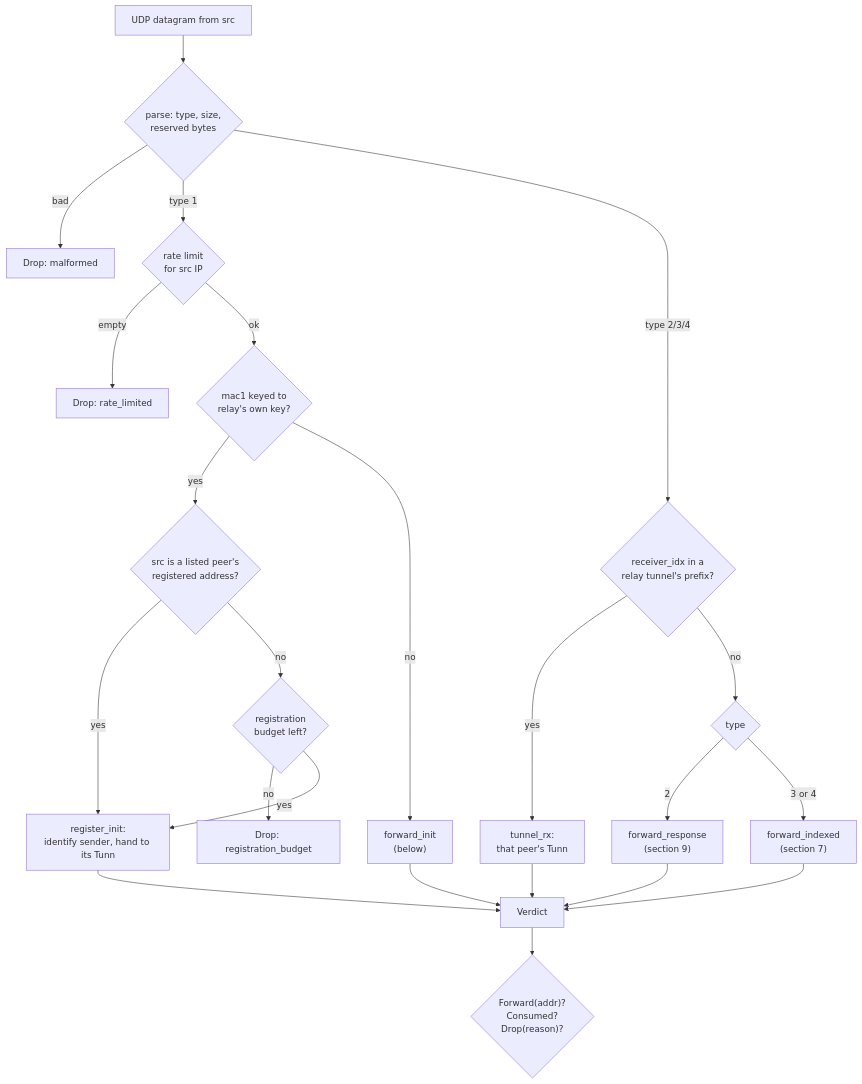
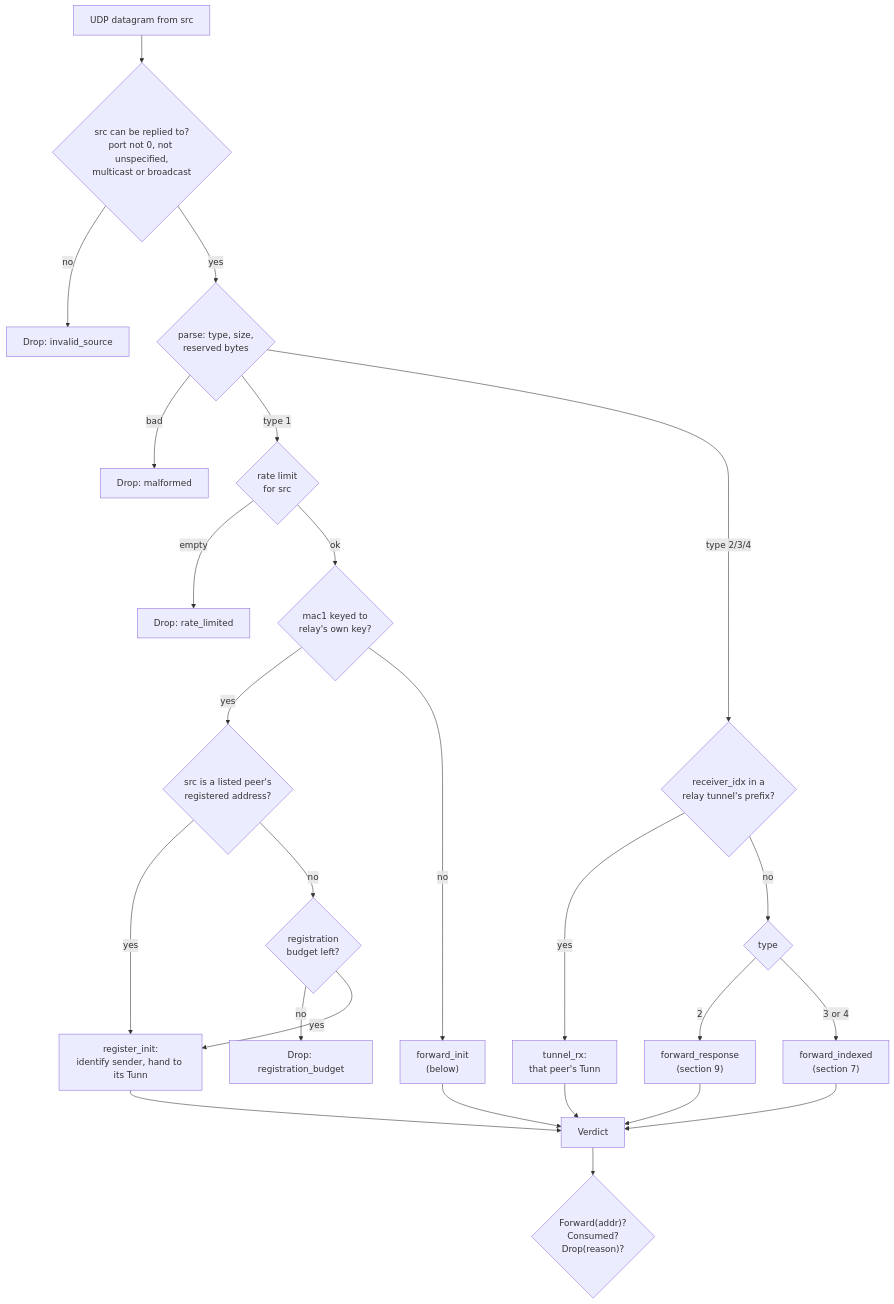
Before and after one commit to 3alpha/wg-relay: diagram 14 of 22 in docs/how-it-works.md, drawn with Mermaid. The commit also changed other lines of this file and 11 other files, not shown here.

````diff
--- a/docs/how-it-works.md
+++ b/docs/how-it-works.md
@@ -459,25 +470,27 @@
 ```mermaid
 flowchart TD
-    IN["UDP datagram from src"] --> P{"parse: type, size,<br/>reserved bytes"}
+    IN["UDP datagram from src"] --> SV{"src can be replied to?<br/>port not 0, not unspecified,<br/>multicast or broadcast"}
+    SV -- no --> D0["Drop: invalid_source"]
+    SV -- yes --> P{"parse: type, size,<br/>reserved bytes"}
     P -- bad --> M["Drop: malformed"]
-    P -- "type 1" --> RL{"rate limit<br/>for src IP"}
+    P -- "type 1" --> RL{"rate limit<br/>for src"}
     RL -- empty --> D1["Drop: rate_limited"]
     RL -- ok --> RM{"mac1 keyed to<br/>relay's own key?"}
     RM -- yes --> RS{"src is a listed peer's<br/>registered address?"}
     RS -- yes --> REG["register_init:<br/>identify sender, hand to its Tunn"]
     RS -- no --> RB{"registration<br/>budget left?"}
     RB -- no --> D2["Drop: registration_budget"]
     RB -- yes --> REG
     RM -- no --> FI["forward_init<br/>(below)"]
     P -- "type 2/3/4" --> PX{"receiver_idx in a<br/>relay tunnel's prefix?"}
     PX -- yes --> TR["tunnel_rx:<br/>that peer's Tunn"]
     PX -- no --> T2{"type"}
     T2 -- 2 --> FR["forward_response<br/>(section 9)"]
     T2 -- "3 or 4" --> FX["forward_indexed<br/>(section 7)"]
     REG --> V["Verdict"]
     TR --> V
     FI --> V
     FR --> V
     FX --> V
     V --> OUT{"Forward(addr)?<br/>Consumed?<br/>Drop(reason)?"}
 ```
````
